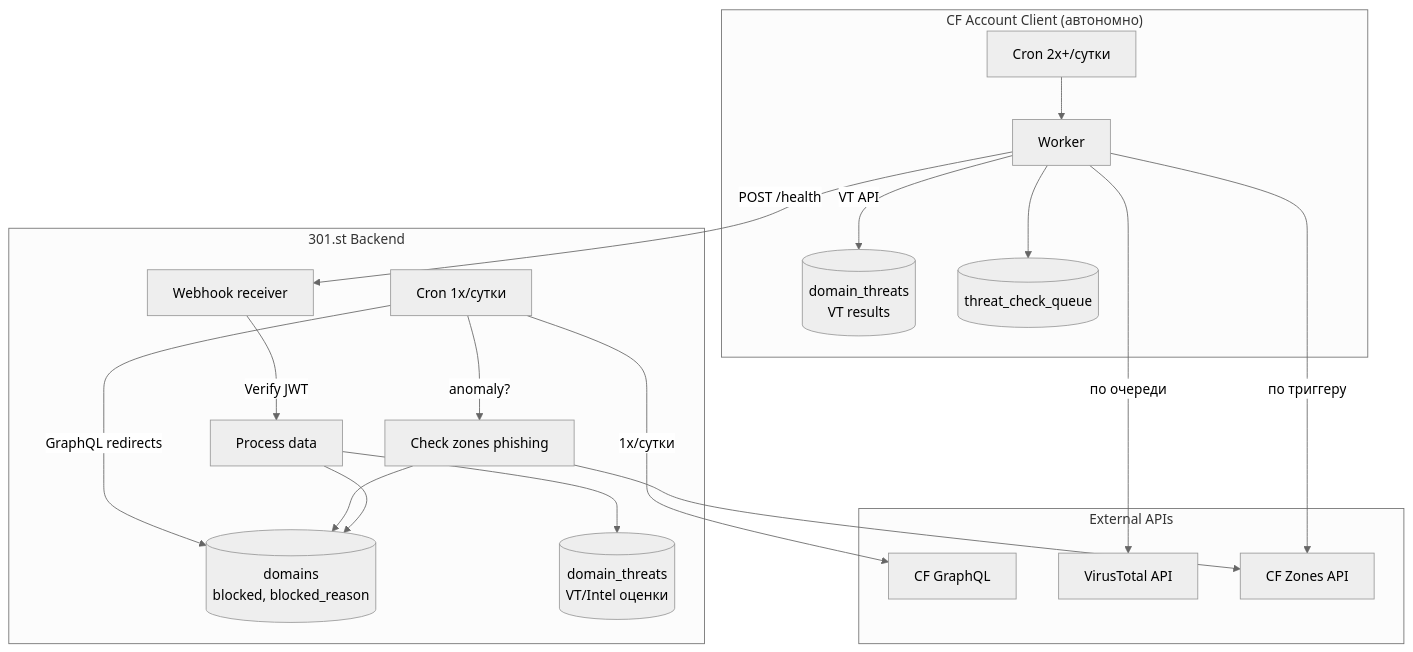
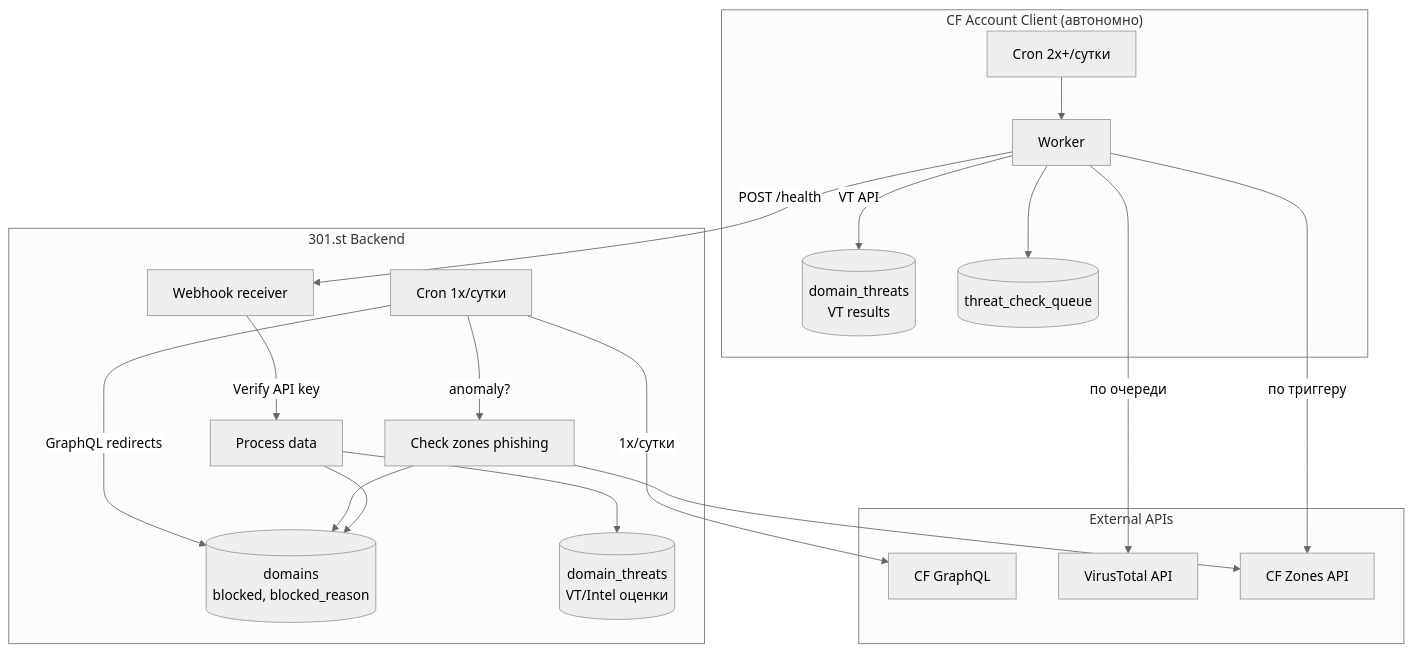
Before and after one commit to admin310st/301: the first of 4 diagrams in wiki/Health_Check.md, drawn with Mermaid (neutral theme). The commit also changed other lines of this file and 18 other files, not shown here.

First line of the commit message:
client-env unified setup, webhook API key auth, TDS stats split

````diff
--- a/wiki/Health_Check.md
+++ b/wiki/Health_Check.md
@@ -26,39 +26,39 @@
 ```mermaid
 flowchart TB
     subgraph "301.st Backend"
         POLL[Cron 1x/сутки]
         WH[Webhook receiver]
         DOM[(domains<br>blocked, blocked_reason)]
         THR[(domain_threats<br>VT/Intel оценки)]
 
         POLL -->|GraphQL redirects| DOM
         POLL -->|anomaly?| ZONES_CHECK[Check zones phishing]
         ZONES_CHECK --> DOM
-        WH -->|Verify JWT| PROCESS[Process data]
+        WH -->|Verify API key| PROCESS[Process data]
         PROCESS --> DOM
         PROCESS --> THR
     end
 
     subgraph "CF Account Client (автономно)"
         DT[(domain_threats<br>VT results)]
         Q[(threat_check_queue)]
         W[Worker]
         CR[Cron 2x+/сутки]
 
         CR --> W
         W --> Q
         W -->|VT API| DT
         W -->|POST /health| WH
     end
 
     subgraph "External APIs"
         GQL[CF GraphQL]
         VT[VirusTotal API]
         ZONES[CF Zones API]
     end
 
     POLL -->|1x/сутки| GQL
     ZONES_CHECK --> ZONES
     W -->|по очереди| VT
     W -->|по триггеру| ZONES
 ```
````
